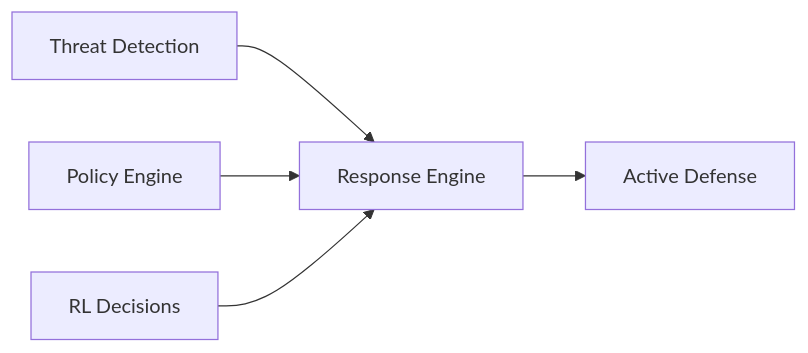
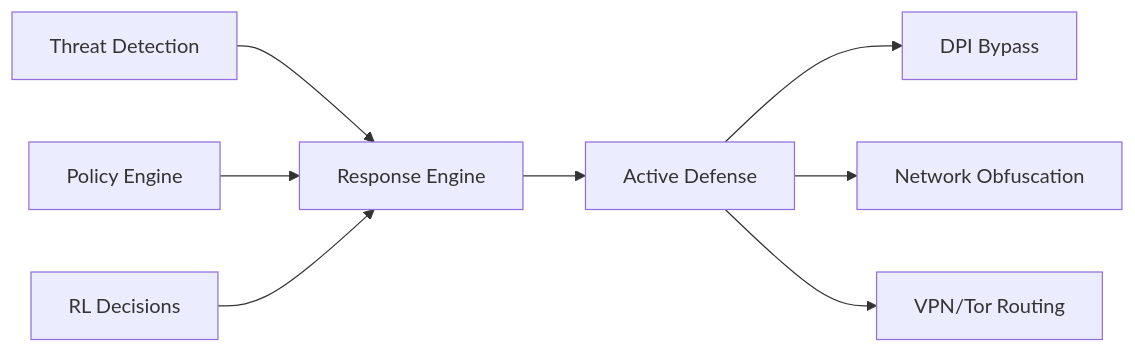
Before and after one commit to RazdoruNET/RS---Razdor-Secure: the fourth of 10 diagrams in docs/architecture/overview.md, drawn with Mermaid. The commit also changed other lines of this file and 13 other files, not shown here.

````diff
--- a/docs/architecture/overview.md
+++ b/docs/architecture/overview.md
@@ -61,7 +68,10 @@
 ```mermaid
 graph LR
     A[Threat Detection] --> D[Response Engine]
     B[Policy Engine] --> D
     C[RL Decisions] --> D
     D --> E[Active Defense]
+    E --> F[DPI Bypass]
+    E --> G[Network Obfuscation]
+    E --> H[VPN/Tor Routing]
 ```
````
